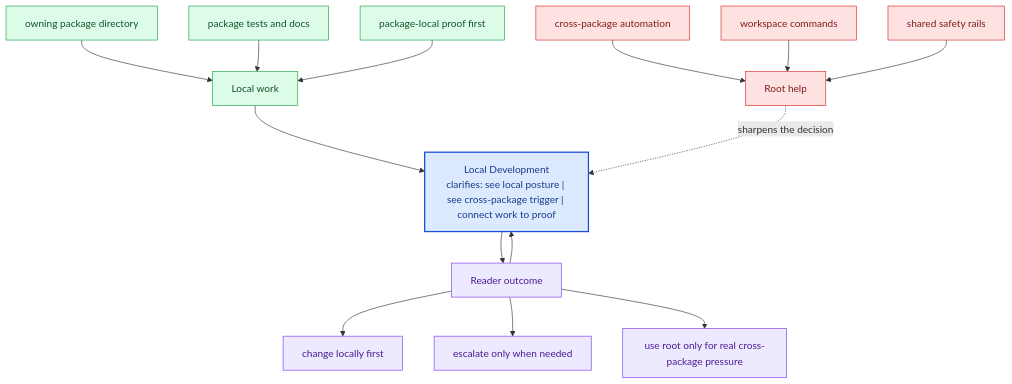
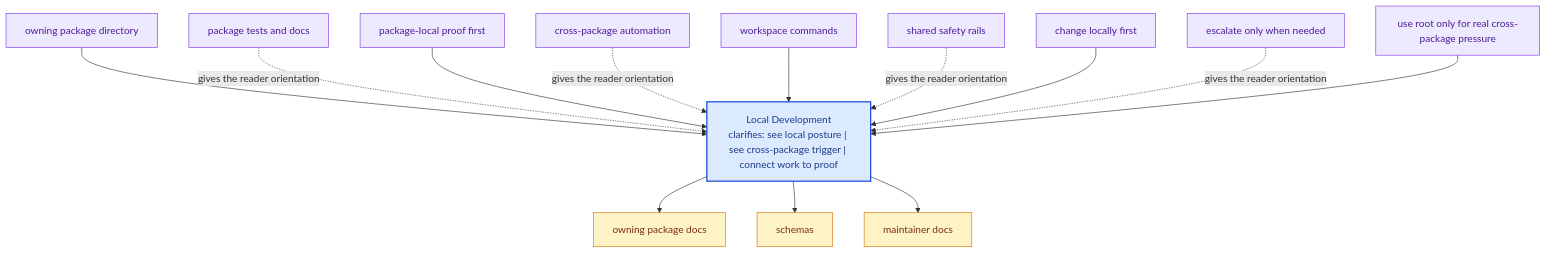
One commit to bijux/bijux-canon changed the diagram in docs/bijux-canon/local-development.md. Above: the diagram before and after it, drawn with Mermaid. The commit also changed other lines of this file and 281 other files, not shown here.

Commit message:
docs(diagrams): replace repeated mermaid scaffolds with page-specific summaries

````diff
--- a/docs/bijux-canon/local-development.md
+++ b/docs/bijux-canon/local-development.md
@@ -66,40 +21,36 @@
 ```mermaid
 flowchart TB
-    promise["Local Development<br/>clarifies: see local posture | see cross-package trigger | connect work to proof"]
-    classDef promise fill:#dbeafe,stroke:#1d4ed8,color:#1e3a8a,stroke-width:2px;
-    classDef driver fill:#dcfce7,stroke:#16a34a,color:#14532d;
-    classDef constraint fill:#fee2e2,stroke:#dc2626,color:#7f1d1d;
-    classDef ground fill:#ede9fe,stroke:#7c3aed,color:#4c1d95;
-    focus1["Local work"]
-    focus1 --> promise
-    focus1_1["owning package directory"]
-    focus1_1 --> focus1
-    focus1_2["package tests and docs"]
-    focus1_2 --> focus1
-    focus1_3["package-local proof first"]
-    focus1_3 --> focus1
-    class focus1 driver;
-    class focus1_1,focus1_2,focus1_3 driver;
-    focus2["Root help"]
-    focus2 -.sharpens the decision.-> promise
-    focus2_1["cross-package automation"]
-    focus2_1 --> focus2
-    focus2_2["workspace commands"]
-    focus2_2 --> focus2
-    focus2_3["shared safety rails"]
-    focus2_3 --> focus2
-    class focus2 constraint;
-    class focus2_1,focus2_2,focus2_3 constraint;
-    focus3["Reader outcome"]
-    focus3 --> promise
-    promise --> focus3
-    focus3_1["change locally first"]
-    focus3 --> focus3_1
-    focus3_2["escalate only when needed"]
-    focus3 --> focus3_2
-    focus3_3["use root only for real cross-package pressure"]
-    focus3 --> focus3_3
-    class focus3 ground;
-    class focus3_1,focus3_2,focus3_3 ground;
-    class promise promise;
+    page["Local Development<br/>clarifies: see local posture | see cross-package trigger | connect work to proof"]
+    classDef page fill:#dbeafe,stroke:#1d4ed8,color:#1e3a8a,stroke-width:2px;
+    classDef positive fill:#dcfce7,stroke:#16a34a,color:#14532d;
+    classDef caution fill:#fee2e2,stroke:#dc2626,color:#7f1d1d;
+    classDef anchor fill:#ede9fe,stroke:#7c3aed,color:#4c1d95;
+    classDef action fill:#fef3c7,stroke:#d97706,color:#7c2d12;
+    detail1["owning package directory"]
+    detail1 --> page
+    detail2["package tests and docs"]
+    detail2 -.gives the reader orientation.-> page
+    detail3["package-local proof first"]
+    detail3 --> page
+    detail4["cross-package automation"]
+    detail4 -.gives the reader orientation.-> page
+    detail5["workspace commands"]
+    detail5 --> page
+    detail6["shared safety rails"]
+    detail6 -.gives the reader orientation.-> page
+    detail7["change locally first"]
+    detail7 --> page
+    detail8["escalate only when needed"]
+    detail8 -.gives the reader orientation.-> page
+    detail9["use root only for real cross-package pressure"]
+    detail9 --> page
+    next1["owning package docs"]
+    page --> next1
+    next2["schemas"]
+    page --> next2
+    next3["maintainer docs"]
+    page --> next3
+    class page page;
+    class detail1,detail2,detail3,detail4,detail5,detail6,detail7,detail8,detail9 anchor;
+    class next1,next2,next3 action;
 ```
````
